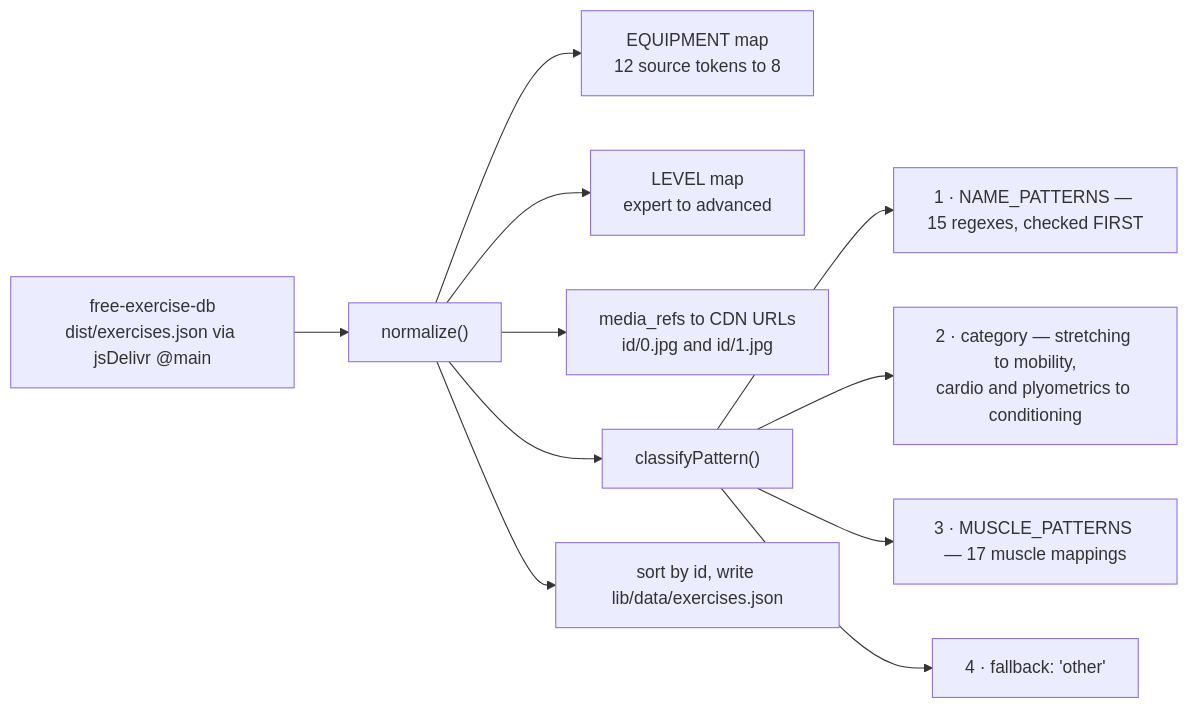
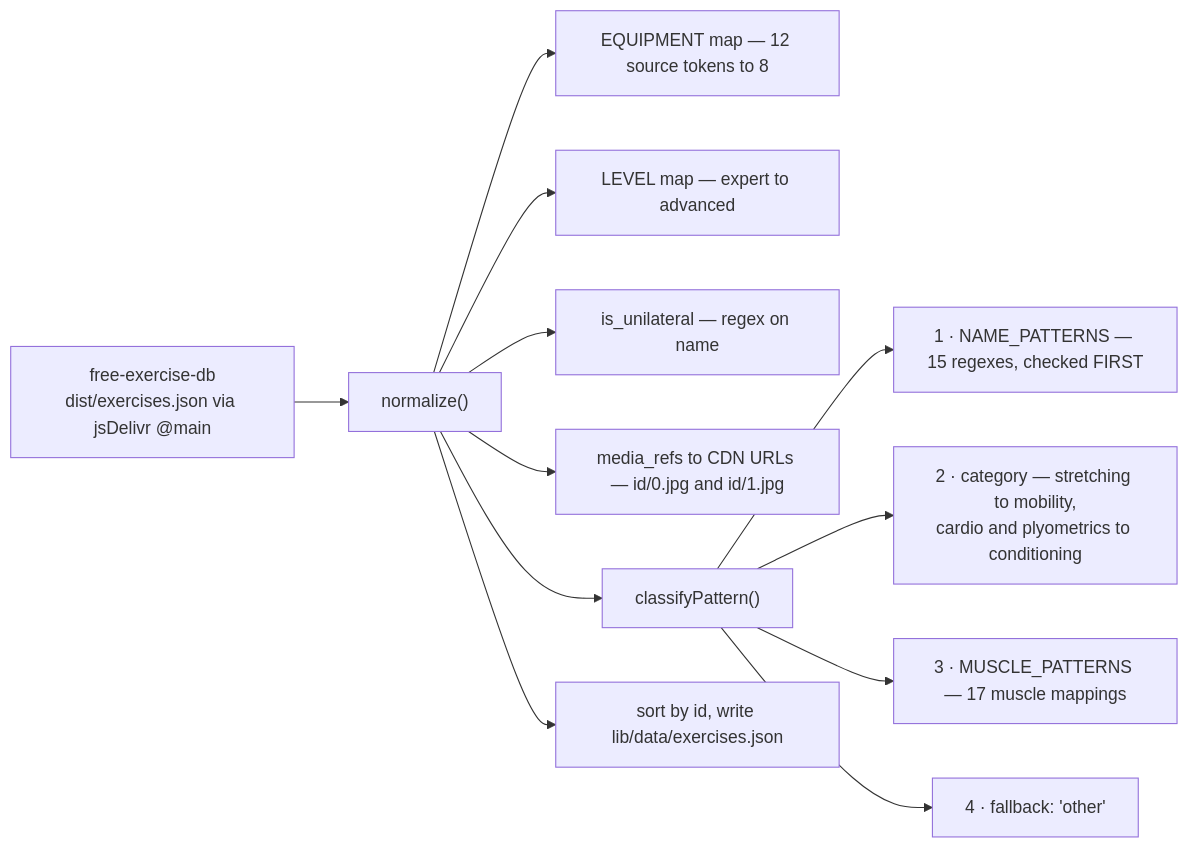
One commit to mateosauton/personal-trainer changed the fifth of 7 diagrams in docs/ENGINEERING_HANDOFF.md. Above: the diagram before and after it, drawn with Mermaid. The commit also changed other lines of this file and 1 other file, not shown here.

````diff
--- a/docs/ENGINEERING_HANDOFF.md
+++ b/docs/ENGINEERING_HANDOFF.md
@@ -809,13 +729,14 @@
 ```mermaid
 flowchart LR
     FE["free-exercise-db<br/>dist/exercises.json via jsDelivr @main"] --> N["normalize()"]
-    N --> EQ["EQUIPMENT map<br/>12 source tokens to 8"]
-    N --> LV["LEVEL map<br/>expert to advanced"]
-    N --> IMG["media_refs to CDN URLs<br/>id/0.jpg and id/1.jpg"]
+    N --> EQ["EQUIPMENT map — 12 source tokens to 8"]
+    N --> LV["LEVEL map — expert to advanced"]
+    N --> UNI["is_unilateral — regex on name"]
+    N --> IMG["media_refs to CDN URLs — id/0.jpg and id/1.jpg"]
     N --> CP["classifyPattern()"]
     CP --> NP["1 · NAME_PATTERNS — 15 regexes, checked FIRST"]
     CP --> CAT["2 · category — stretching to mobility,<br/>cardio and plyometrics to conditioning"]
     CP --> MP["3 · MUSCLE_PATTERNS — 17 muscle mappings"]
     CP --> OT["4 · fallback: 'other'"]
     N --> OUT["sort by id, write lib/data/exercises.json"]
 ```
````
